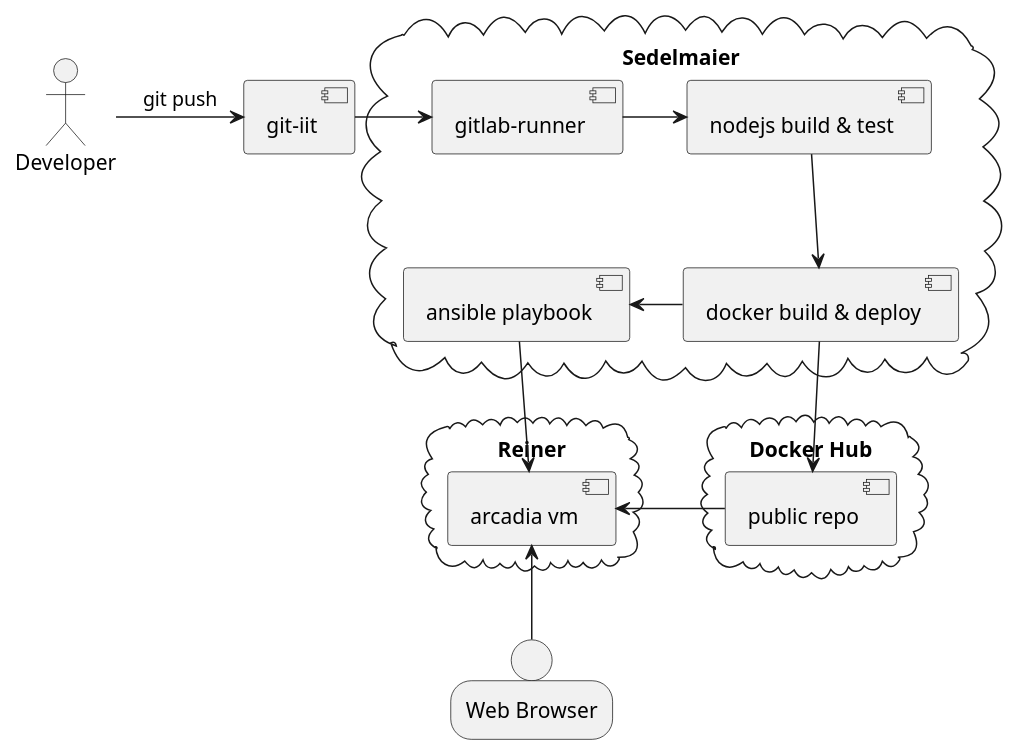
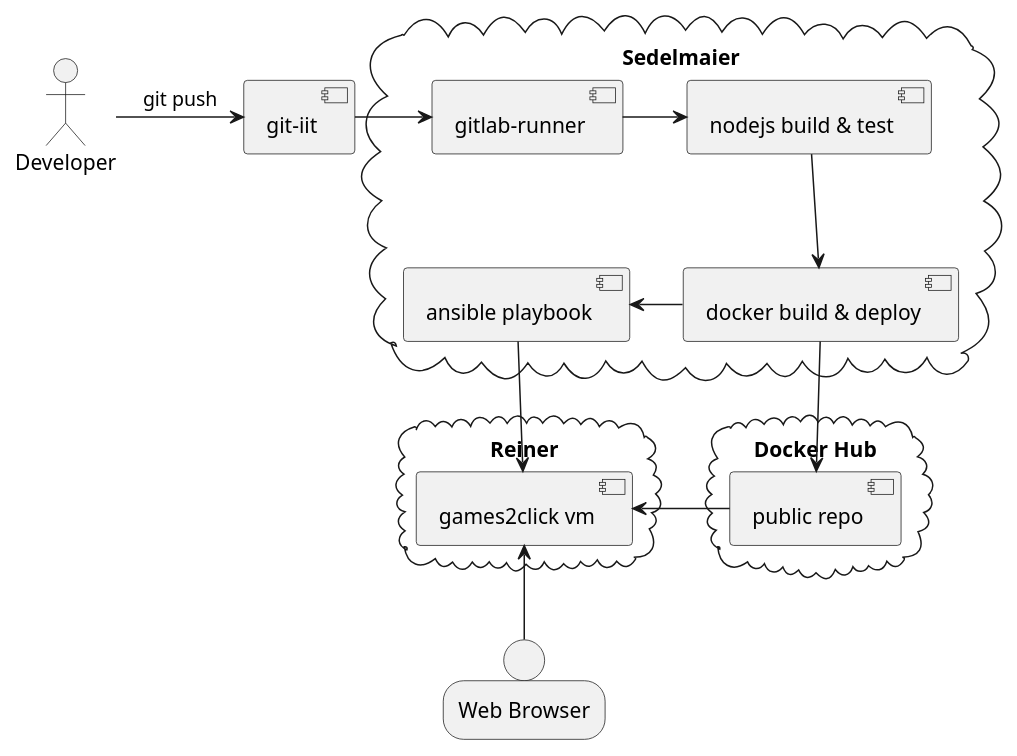
Before and after one commit to games2click/games2click.github.io: the diagram in docs/technical_documentation/pipeline/pipeline.puml, drawn with PlantUML. The commit also changed 5 other files, not shown here.

Commit message:
Replace all arcadia strings to games2click

```diff
--- a/docs/technical_documentation/pipeline/pipeline.puml
+++ b/docs/technical_documentation/pipeline/pipeline.puml
@@ -1,30 +1,30 @@
 @startuml
 
 actor "Developer"
 component "git-iit"
 cloud "Sedelmaier"{
     component "gitlab-runner"
     component "nodejs build & test"
     component "docker build & deploy"
     component "ansible playbook"
 }
 
 cloud "Docker Hub"{
     component "public repo"
 }
 
 cloud "Reiner"{
-    component "arcadia vm"
+    component "games2click vm"
 }
 person "Web Browser"
 
 "Developer" -> "git-iit" : git push
 "git-iit" -r-> "gitlab-runner"
 "gitlab-runner" -> "nodejs build & test"
 "nodejs build & test" -d-> "docker build & deploy"
 "docker build & deploy" -d-> "public repo"
 "docker build & deploy" -l-> "ansible playbook"
-"ansible playbook" -d-> "arcadia vm"
-"arcadia vm" <- "public repo"
-"Web Browser" -u-> "arcadia vm"
+"ansible playbook" -d-> "games2click vm"
+"games2click vm" <- "public repo"
+"Web Browser" -u-> "games2click vm"
 @enduml
```
